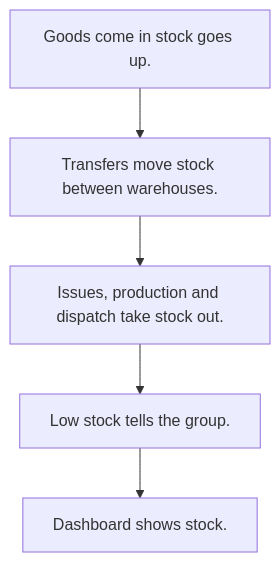
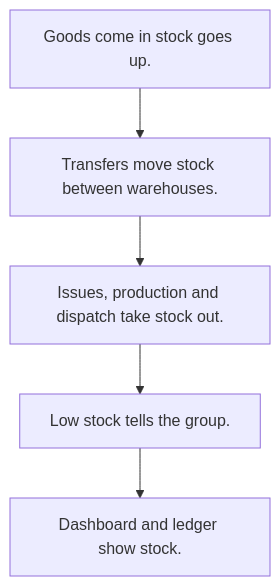
Before and after one commit to AadityaParmar/studio-agent: the diagram in neome-studio/reference/template-bank/template-modules/TMOD-inventory.md, drawn with Mermaid. The commit also changed other lines of this file and 94 other files, not shown here.

````diff
--- a/neome-studio/reference/template-bank/template-modules/TMOD-inventory.md
+++ b/neome-studio/reference/template-bank/template-modules/TMOD-inventory.md
@@ -51,12 +53,12 @@
 ```mermaid
 flowchart TD
   A["Goods come in stock goes up."]
   B["Transfers move stock between warehouses."]
   C["Issues, production and dispatch take stock out."]
   D["Low stock tells the group."]
-  E["Dashboard shows stock."]
+  E["Dashboard and ledger show stock."]
   A --> B
   B --> C
   C --> D
   D --> E
 ```
````
